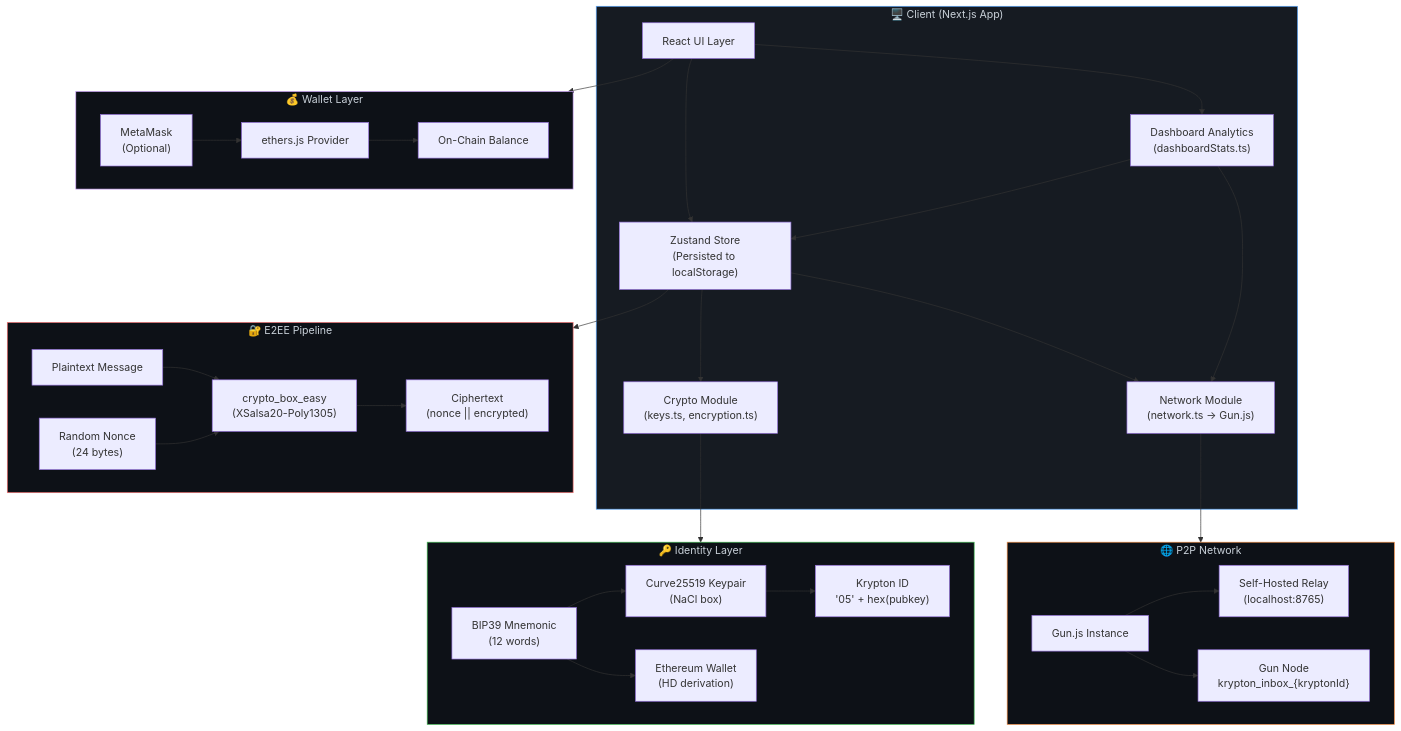
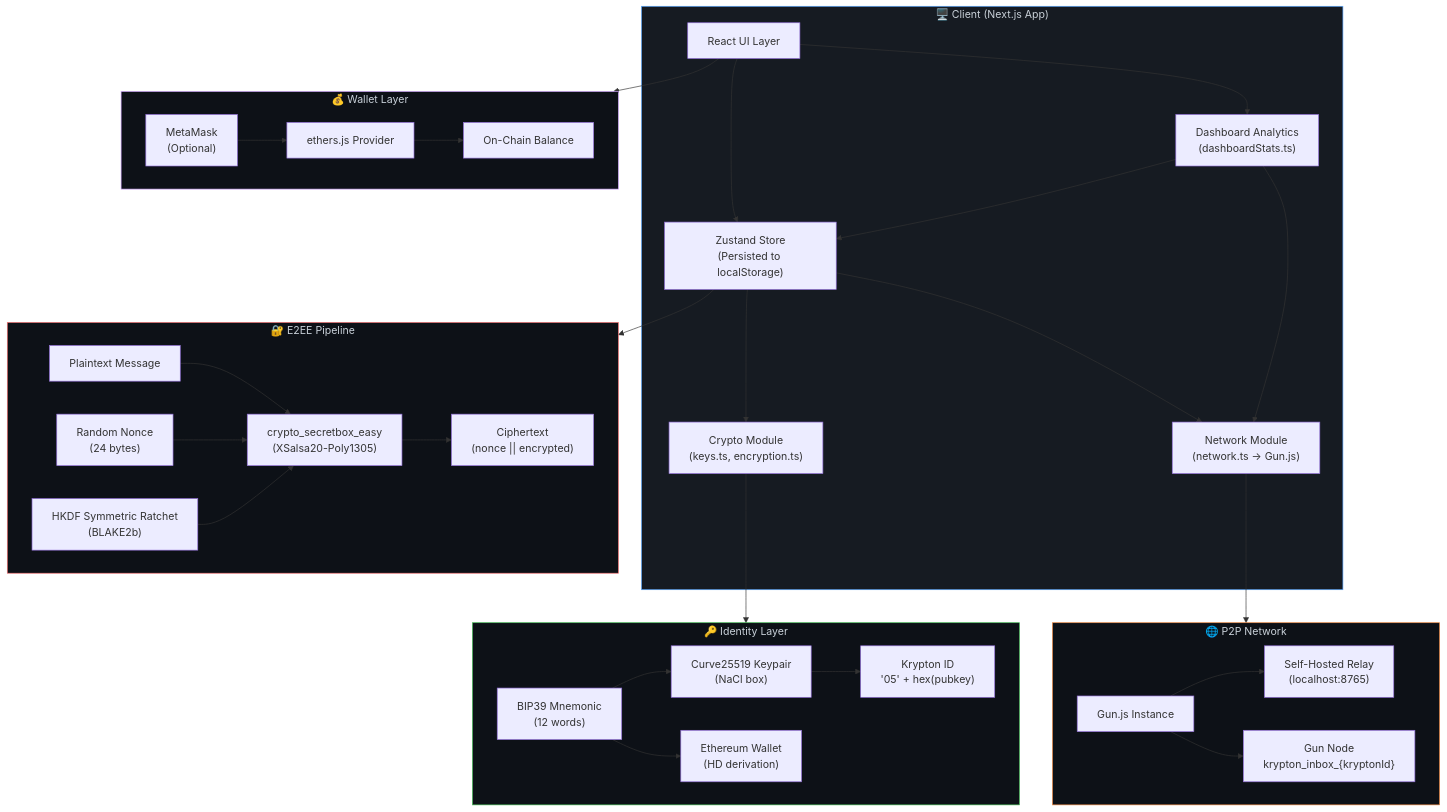
One commit to SuhasRam356/Krypton_dAPP changed the first of 2 diagrams in README.md. Above: the diagram before and after it, drawn with Mermaid. The commit also changed other lines of this file, not shown here.

Commit message:
docs: update README with PFS, unsend, and Sepolia features

````diff
--- a/README.md
+++ b/README.md
@@ -118,68 +122,70 @@
 ```mermaid
 graph TB
     subgraph Client["🖥️ Client (Next.js App)"]
         UI["React UI Layer"]
         Store["Zustand Store<br/>(Persisted to localStorage)"]
         Crypto["Crypto Module<br/>(keys.ts, encryption.ts)"]
         Network["Network Module<br/>(network.ts → Gun.js)"]
         Dashboard["Dashboard Analytics<br/>(dashboardStats.ts)"]
 
         UI --> Store
         UI --> Dashboard
         Store --> Crypto
         Store --> Network
         Dashboard --> Store
         Dashboard --> Network
     end
 
     subgraph Identity["🔑 Identity Layer"]
         BIP39["BIP39 Mnemonic<br/>(12 words)"]
         Curve["Curve25519 Keypair<br/>(NaCl box)"]
         ETH["Ethereum Wallet<br/>(HD derivation)"]
         KID["Krypton ID<br/>'05' + hex(pubkey)"]
 
         BIP39 --> Curve
         BIP39 --> ETH
         Curve --> KID
     end
 
     subgraph Encryption["🔐 E2EE Pipeline"]
         Plain["Plaintext Message"]
         Nonce["Random Nonce<br/>(24 bytes)"]
-        CBox["crypto_box_easy<br/>(XSalsa20-Poly1305)"]
+        Ratchet["HKDF Symmetric Ratchet<br/>(BLAKE2b)"]
+        SBox["crypto_secretbox_easy<br/>(XSalsa20-Poly1305)"]
         Cipher["Ciphertext<br/>(nonce || encrypted)"]
 
-        Plain --> CBox
-        Nonce --> CBox
-        CBox --> Cipher
+        Plain --> SBox
+        Nonce --> SBox
+        Ratchet --> SBox
+        SBox --> Cipher
     end
 
     subgraph P2P["🌐 P2P Network"]
         Gun["Gun.js Instance"]
         Relay["Self-Hosted Relay<br/>(localhost:8765)"]
         Inbox["Gun Node<br/>krypton_inbox_{kryptonId}"]
 
         Gun --> Relay
         Gun --> Inbox
     end
 
     subgraph Wallet["💰 Wallet Layer"]
         MM["MetaMask<br/>(Optional)"]
         Provider["ethers.js Provider"]
         Balance["On-Chain Balance"]
 
         MM --> Provider
         Provider --> Balance
     end
 
     Crypto --> Identity
     Network --> P2P
     Store --> Encryption
     UI --> Wallet
 
     style Client fill:#161b22,stroke:#58a6ff,color:#c9d1d9
     style Identity fill:#0d1117,stroke:#3fb950,color:#c9d1d9
     style Encryption fill:#0d1117,stroke:#f87171,color:#c9d1d9
     style P2P fill:#0d1117,stroke:#f0883e,color:#c9d1d9
     style Wallet fill:#0d1117,stroke:#d2a8ff,color:#c9d1d9
 ```
````
